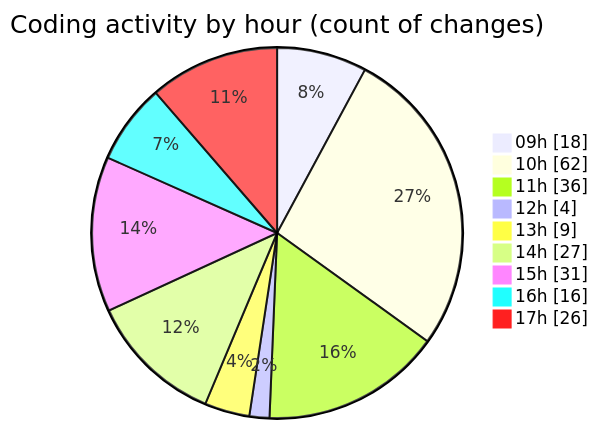
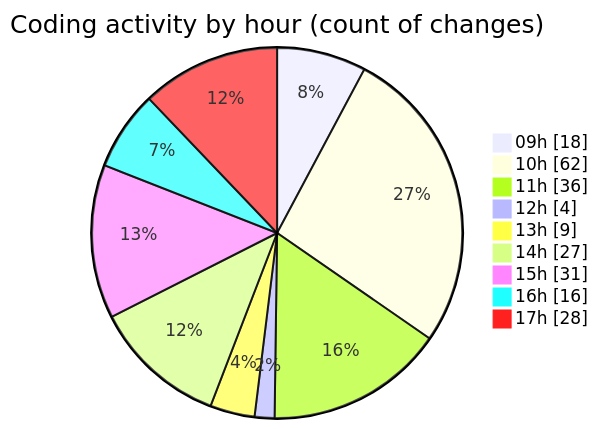
The second of 2 diagrams in 2025-07-01/cda/README.md (momahboobian/code-tracking), drawn with Mermaid before and after one commit. The commit also changed other lines of this file and 1 other file, not shown here.

````diff
--- a/2025-07-01/cda/README.md
+++ b/2025-07-01/cda/README.md
@@ -53,13 +53,13 @@
 ```mermaid
 pie showData
 title Coding activity by hour (count of changes)
 "09h" : 18
 "10h" : 62
 "11h" : 36
 "12h" : 4
 "13h" : 9
 "14h" : 27
 "15h" : 31
 "16h" : 16
-"17h" : 26
+"17h" : 28
 ```
````
